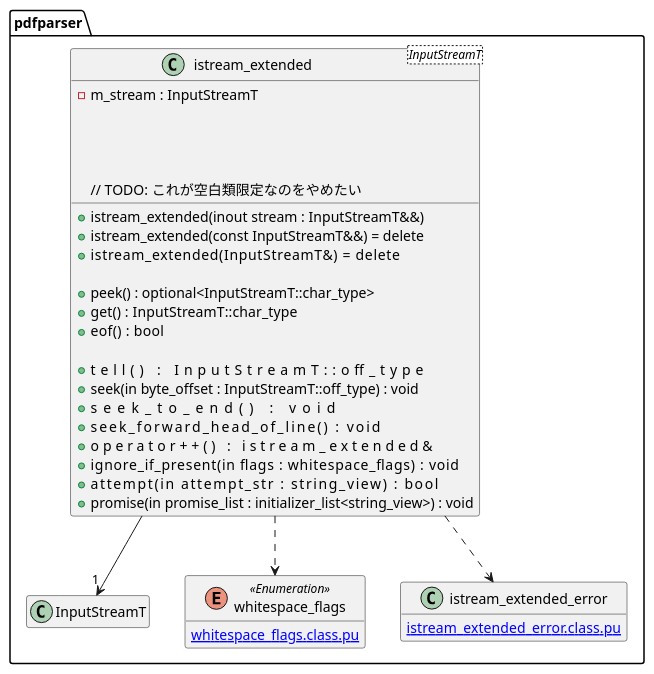
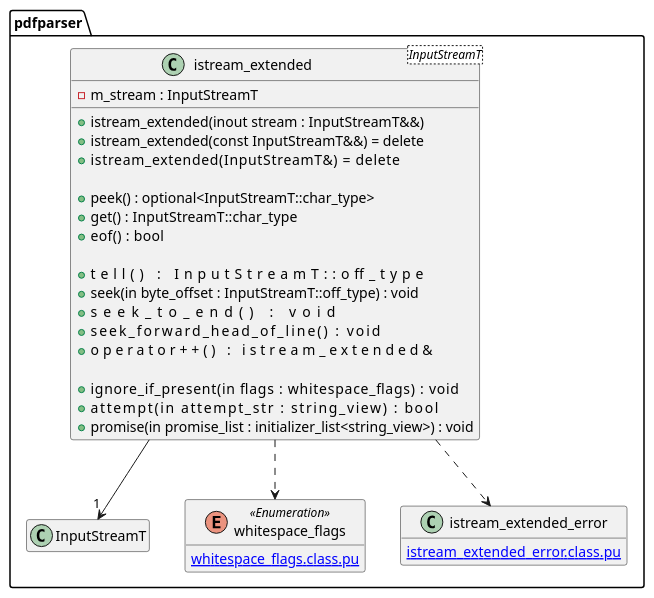
One commit to KodaiYM/PDFReader changed the diagram in document/istream_extended.class.pu. Above: the diagram before and after it, drawn with PlantUML. The commit also changed 2 other files, not shown here.

Commit message:
図のエラーの修正、whitespace_flags の非推奨化

```diff
--- a/document/istream_extended.class.pu
+++ b/document/istream_extended.class.pu
@@ -1,37 +1,37 @@
 @startuml stream_parser
 hide empty members
 namespace pdfparser {
 class istream_extended<InputStreamT> {
 	-m_stream : InputStreamT
 
 	+istream_extended(inout stream : InputStreamT&&)
 	+istream_extended(const InputStreamT&&) = delete
 	+istream_extended(InputStreamT&)        = delete
 
 	+peek() : optional<InputStreamT::char_type>
 	+get()  : InputStreamT::char_type
 	+eof()  : bool
 
 	+tell()                                        : InputStreamT::off_type
 	+seek(in byte_offset : InputStreamT::off_type) : void
 	+seek_to_end()                                 : void
 	+seek_forward_head_of_line()                   : void
 	+operator++()                                  : istream_extended&
 
-	// TODO: これが空白類限定なのをやめたい
+	' TODO: これが空白類限定なのをやめたい
 	+ignore_if_present(in flags : whitespace_flags)           : void
 	+attempt(in attempt_str : string_view)                    : bool
 	+promise(in promise_list : initializer_list<string_view>) : void
 }
 istream_extended --> "1" InputStreamT
 istream_extended ..> whitespace_flags
 istream_extended ..> istream_extended_error
 
 enum whitespace_flags <<Enumeration>> {
 	[[whitespace_flags.class.pu]]
 }
 class istream_extended_error {
 	[[istream_extended_error.class.pu]]
 }
 }
 @enduml
```
